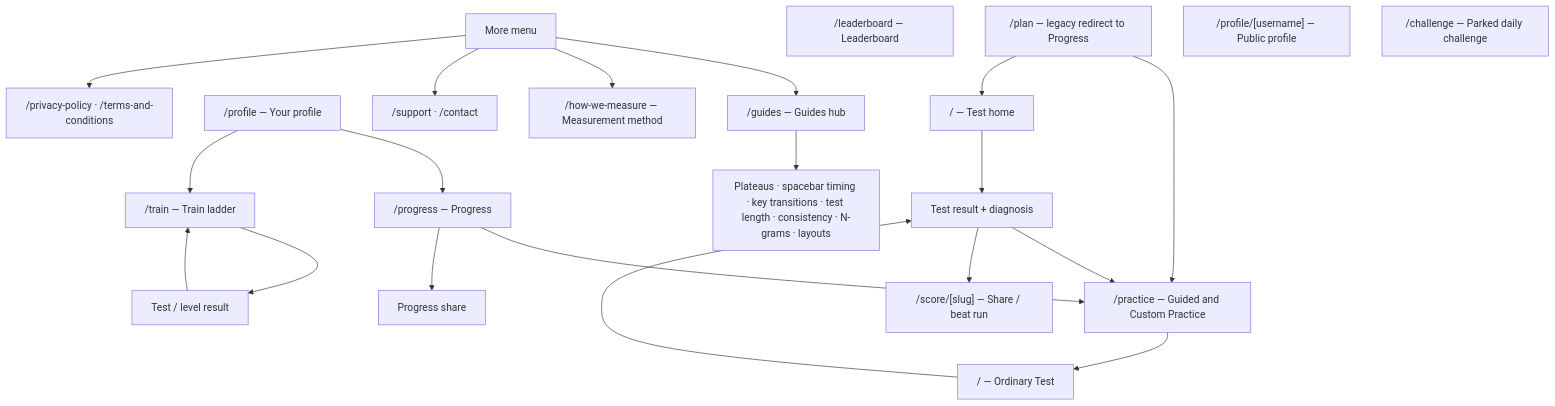
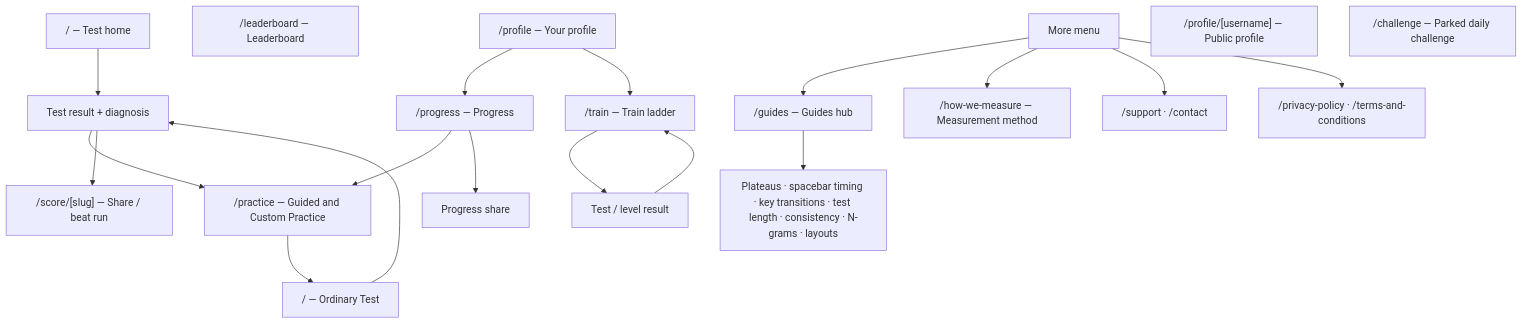
Before and after one commit to SlaterRGordon/typecafe: the diagram in docs/architecture/system-map.md, drawn with Mermaid. The commit also changed other lines of this file and 40 other files, not shown here.

````diff
--- a/docs/architecture/system-map.md
+++ b/docs/architecture/system-map.md
@@ -31,34 +31,31 @@
 ```mermaid
 flowchart TD
     Home["/ — Test home"]
     Practice["/practice — Guided and Custom Practice"]
     Progress["/progress — Progress"]
     Train["/train — Train ladder"]
-    Coach["/plan — legacy redirect to Progress"]
     Leaderboard["/leaderboard — Leaderboard"]
     Profile["/profile — Your profile"]
 
     Home --> Score["Test result + diagnosis"]
     Score --> Practice
     Practice --> ReMeasure["/ — Ordinary Test"]
     ReMeasure --> Score
     Score --> Share["/score/[slug] — Share / beat run"]
 
     Progress --> Practice
     Progress --> ShareProgress["Progress share"]
-    Coach --> Practice
-    Coach --> Home
     Train --> TrainTest["Test / level result"]
     TrainTest --> Train
     Profile --> Progress
     Profile --> Train
 
     More["More menu"] --> Guides["/guides — Guides hub"]
     Guides --> GuideArticles["Plateaus · spacebar timing · key transitions · test length · consistency · N-grams · layouts"]
     More --> Measure["/how-we-measure — Measurement method"]
     More --> Support["/support · /contact"]
     More --> Legal["/privacy-policy · /terms-and-conditions"]
 
     PublicProfile["/profile/[username] — Public profile"]
     Challenge["/challenge — Parked daily challenge"]
 ```
````
